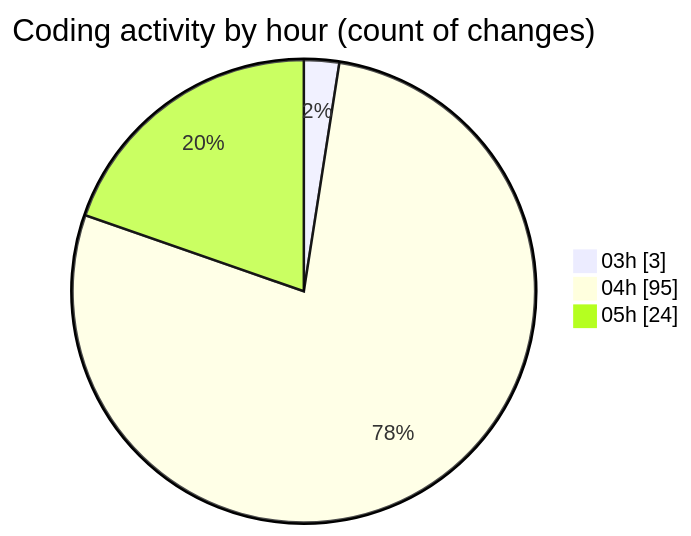
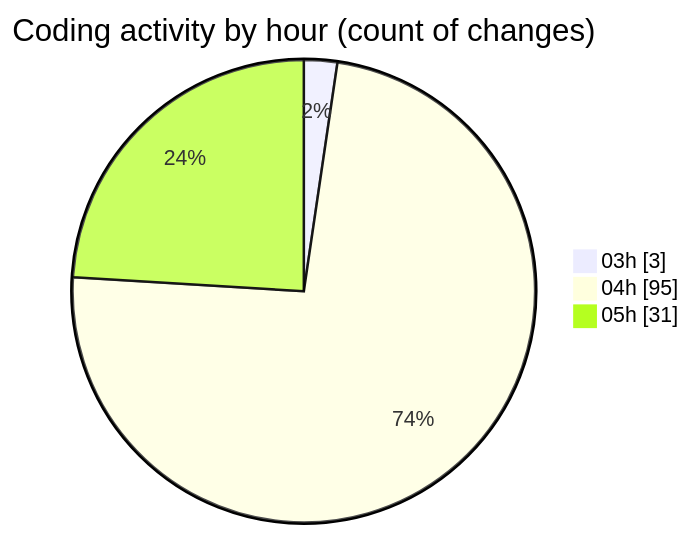
Before and after one commit to ernivani/code-tracking: the second of 2 diagrams in 2025-01-03/tinycms/README.md, drawn with Mermaid. The commit also changed other lines of this file and 2 other files, not shown here.

````diff
--- a/2025-01-03/tinycms/README.md
+++ b/2025-01-03/tinycms/README.md
@@ -54,7 +55,7 @@
 ```mermaid
 pie showData
 title Coding activity by hour (count of changes)
 "03h" : 3
 "04h" : 95
-"05h" : 24
+"05h" : 31
 ```
````
